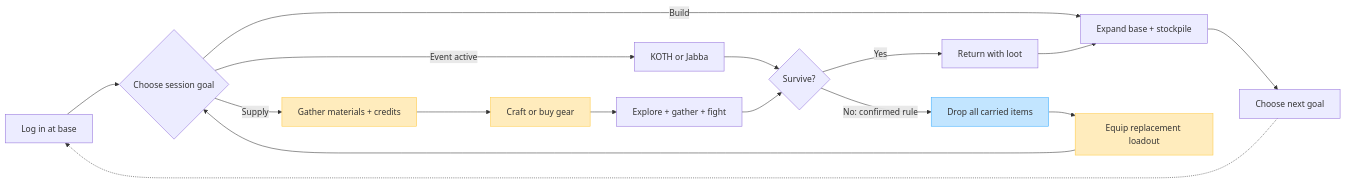
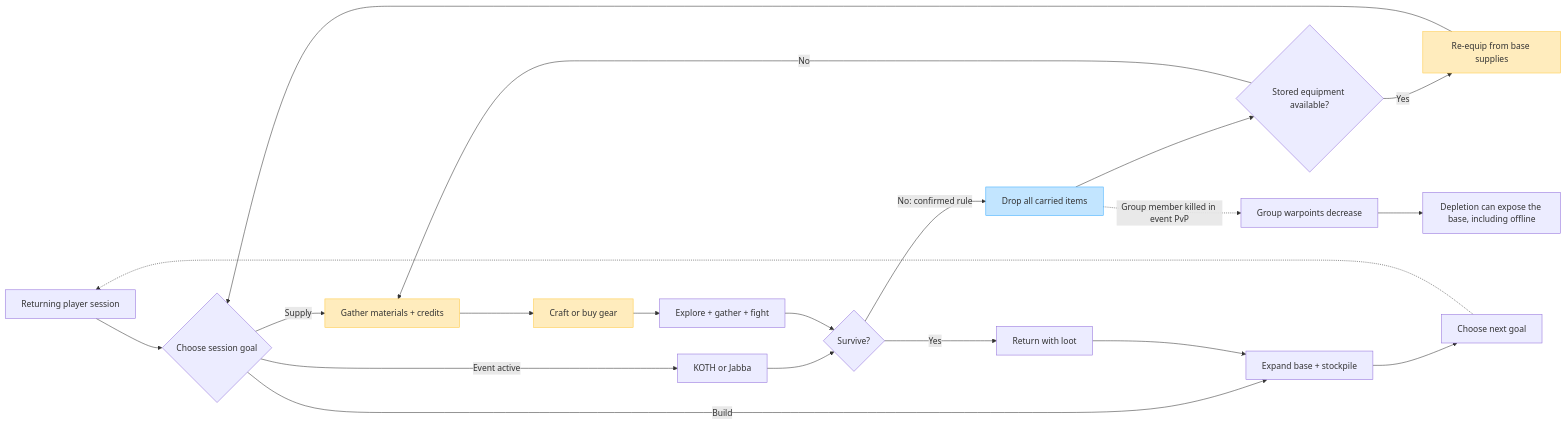
Before and after one commit to AstuteFlamez/MandoMC: the diagram in planning/session-loop.mmd, drawn with Mermaid. The commit also changed 4 other files, not shown here.

```diff
--- a/planning/session-loop.mmd
+++ b/planning/session-loop.mmd
@@ -1,20 +1,24 @@
 flowchart LR
-  start["Log in at base"] --> goal{"Choose session goal"}
+  start["Returning player session"] --> goal{"Choose session goal"}
   goal -->|"Build"| build["Expand base + stockpile"]
   goal -->|"Supply"| gather["Gather materials + credits"]
   goal -->|"Event active"| event["KOTH or Jabba"]
   gather --> equip["Craft or buy gear"]
   equip --> expedition["Explore + gather + fight"]
   event --> outcome{"Survive?"}
   expedition --> outcome
   outcome -->|"Yes"| bank["Return with loot"]
   bank --> build
   outcome -->|"No: confirmed rule"| death["Drop all carried items"]
-  death --> recover["Equip replacement loadout"]
+  death --> stockpile{"Stored equipment available?"}
+  stockpile -->|"Yes"| recover["Re-equip from base supplies"]
+  stockpile -->|"No"| gather
   recover --> goal
+  death -.->|"Group member killed in event PvP"| warpoints["Group warpoints decrease"]
+  warpoints --> vulnerable["Depletion can expose the base, including offline"]
   build --> next["Choose next goal"]
   next -.-> start
   style gather fill:#FFECBD,stroke:#FFC943
   style equip fill:#FFECBD,stroke:#FFC943
   style recover fill:#FFECBD,stroke:#FFC943
   style death fill:#C2E5FF,stroke:#3DADFF
```
